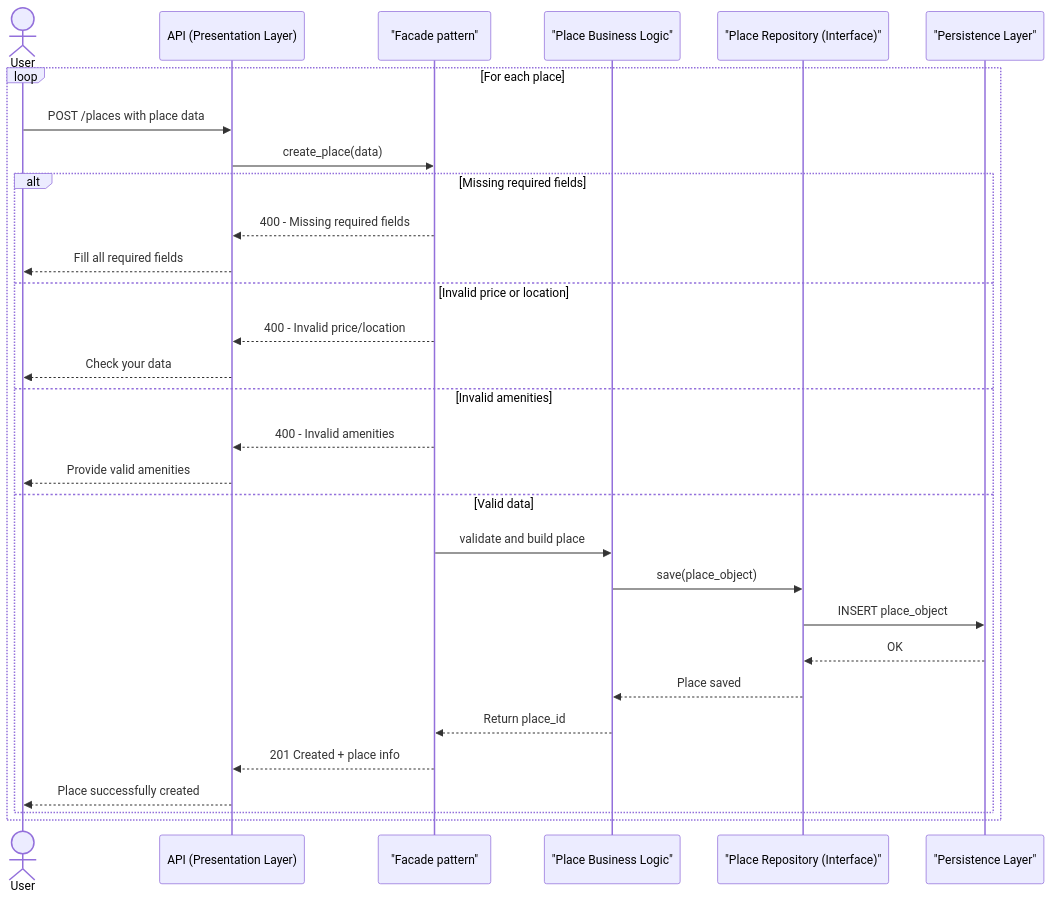
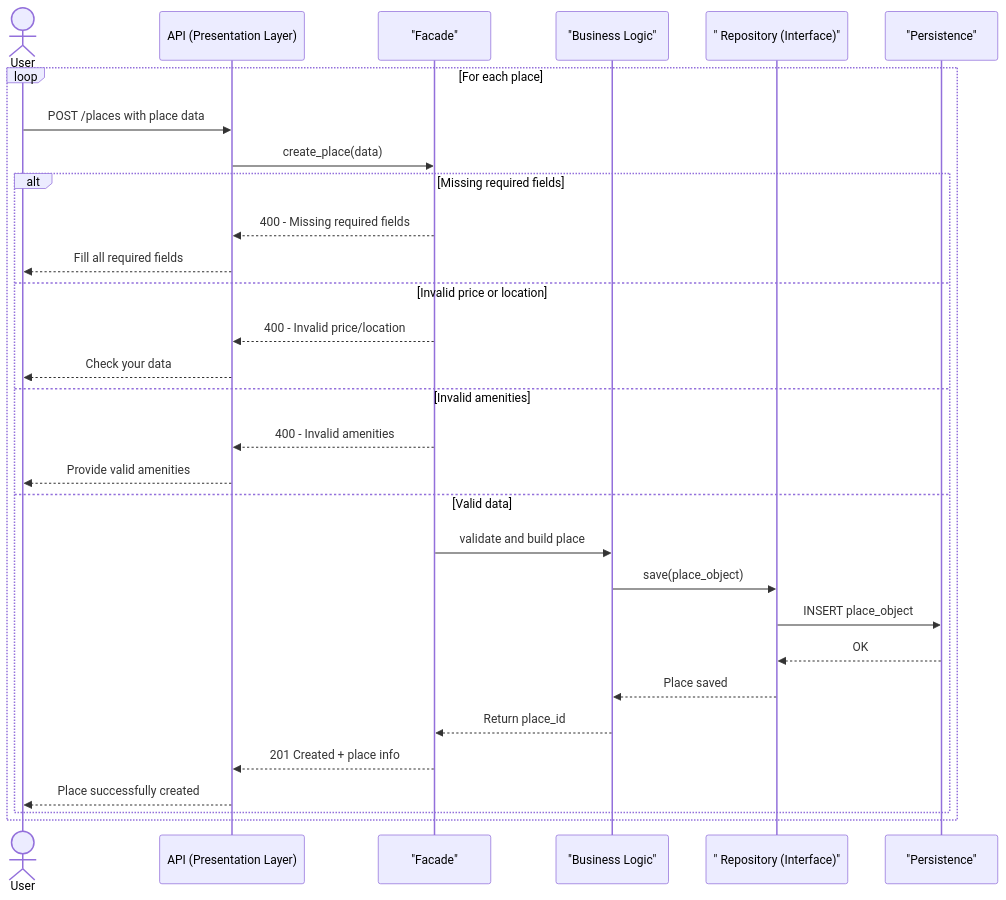
One commit to Ravou/holbertonschool-hbnb changed the diagram in Part1/sequence_place.md. Above: the diagram before and after it, drawn with Mermaid.

Commit message:
fix participant name

````diff
--- a/Part1/sequence_place.md
+++ b/Part1/sequence_place.md
@@ -1,39 +1,39 @@
 ```mermaid
 sequenceDiagram
     %% Layers:
     %% Presentation: User, API
     %% Business Logic: Facade, PlaceLogic, PlaceRepository
     %% Persistence: Database
 
     actor User
     participant API as API (Presentation Layer)
-    participant Facade as "Facade pattern"
-    participant PlaceLogic as "Place Business Logic"
-    participant PlaceRepository as "Place Repository (Interface)"
-    participant Database as "Persistence Layer"
+    participant Facade as "Facade"
+    participant PlaceLogic as "Business Logic"
+    participant PlaceRepository as " Repository (Interface)"
+    participant Database as "Persistence"
 
     loop For each place
         User ->> API: POST /places with place data
         API ->> Facade: create_place(data)
 
         alt Missing required fields
             Facade -->> API: 400 - Missing required fields
             API -->> User: Fill all required fields
         else Invalid price or location
             Facade -->> API: 400 - Invalid price/location
             API -->> User: Check your data
         else Invalid amenities
             Facade -->> API: 400 - Invalid amenities
             API -->> User: Provide valid amenities
         else Valid data
             Facade ->> PlaceLogic: validate and build place
             PlaceLogic ->> PlaceRepository: save(place_object)
             PlaceRepository ->> Database: INSERT place_object
             Database -->> PlaceRepository: OK
             PlaceRepository -->> PlaceLogic: Place saved
             PlaceLogic -->> Facade: Return place_id
             Facade -->> API: 201 Created + place info
             API -->> User: Place successfully created
         end
     end
 ```
````
